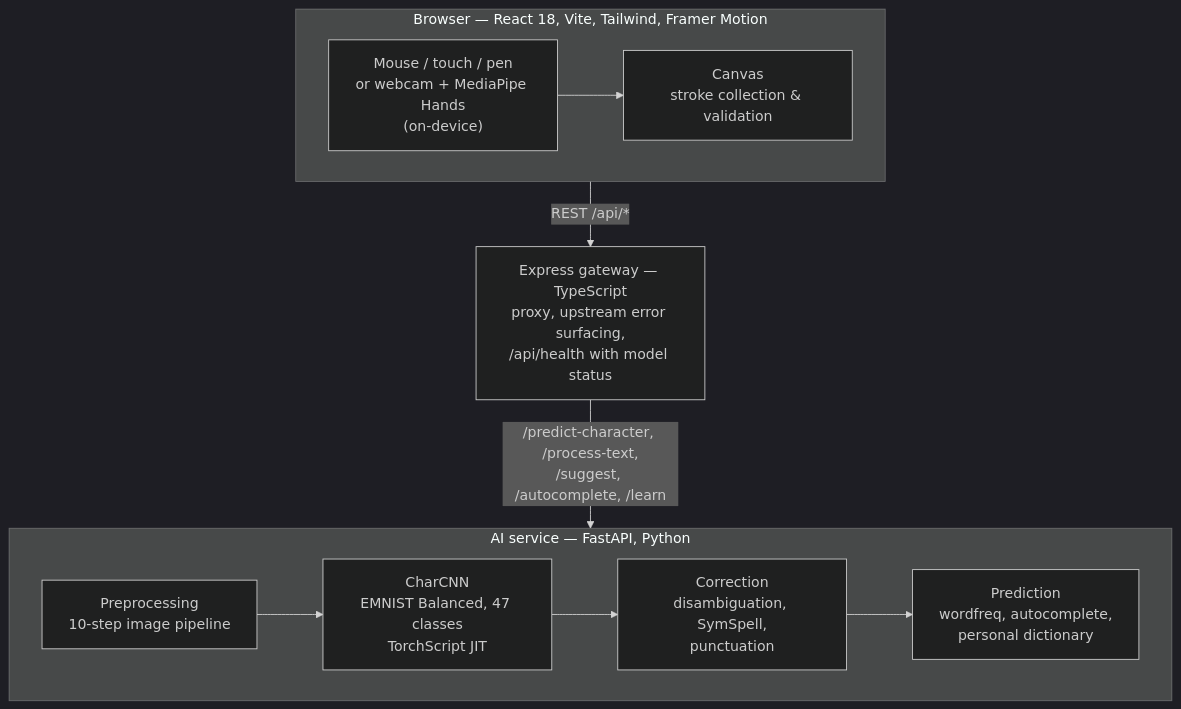
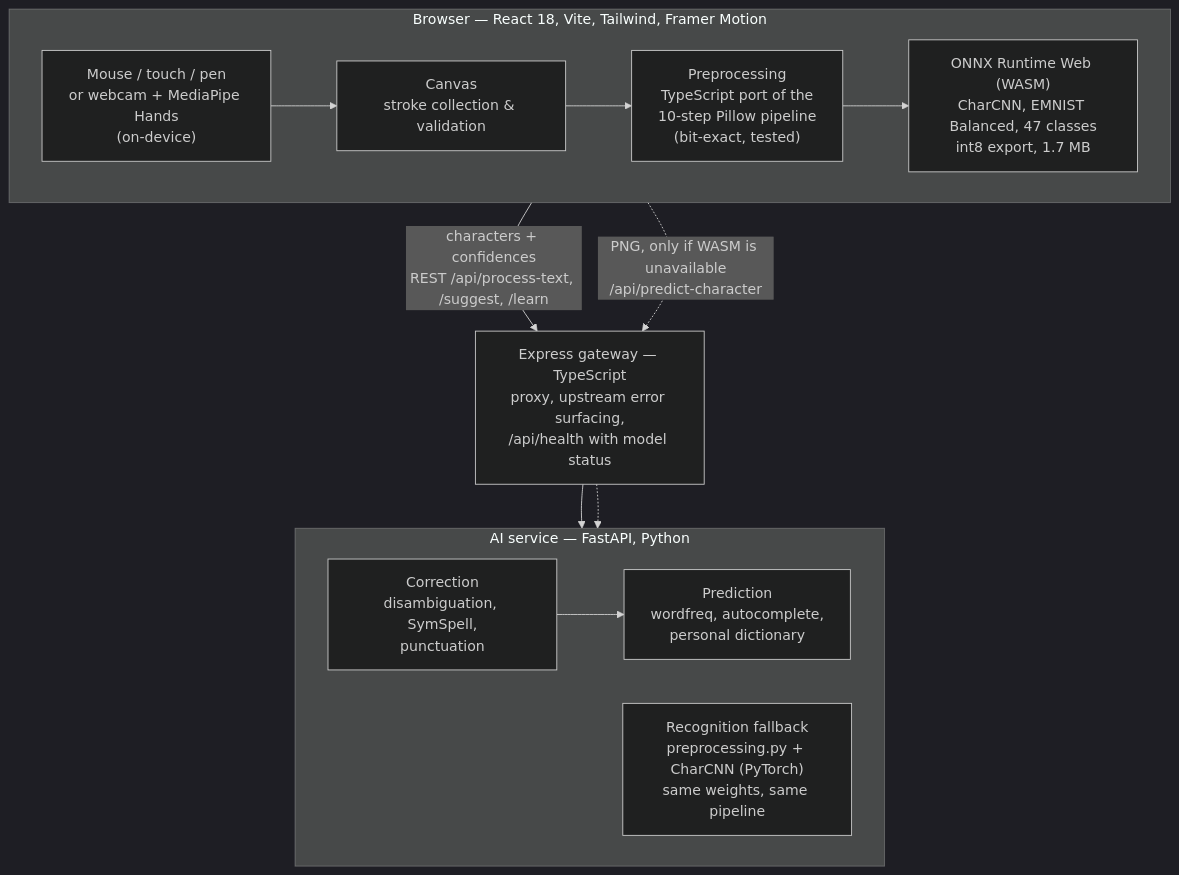
One commit to saminul-amin/air-script changed the diagram in README.md. Above: the diagram before and after it, drawn with Mermaid (dark theme). The commit also changed other lines of this file and 14 other files, not shown here.

````diff
--- a/README.md
+++ b/README.md
@@ -13,17 +14,22 @@
 ```mermaid
 flowchart TB
     subgraph browser["Browser — React 18, Vite, Tailwind, Framer Motion"]
         direction LR
         IN["Mouse / touch / pen<br/>or webcam + MediaPipe Hands<br/>(on-device)"] --> CV["Canvas<br/>stroke collection & validation"]
+        CV --> PRE["Preprocessing<br/>TypeScript port of the<br/>10-step Pillow pipeline<br/>(bit-exact, tested)"]
+        PRE --> ORT["ONNX Runtime Web (WASM)<br/>CharCNN, EMNIST Balanced, 47 classes<br/>int8 export, 1.7 MB"]
     end
 
     GW["Express gateway — TypeScript<br/>proxy, upstream error surfacing,<br/>/api/health with model status"]
 
     subgraph ai["AI service — FastAPI, Python"]
         direction LR
-        PRE["Preprocessing<br/>10-step image pipeline"] --> CNN["CharCNN<br/>EMNIST Balanced, 47 classes<br/>TorchScript JIT"] --> COR["Correction<br/>disambiguation, SymSpell,<br/>punctuation"] --> NLP["Prediction<br/>wordfreq, autocomplete,<br/>personal dictionary"]
+        COR["Correction<br/>disambiguation, SymSpell,<br/>punctuation"] --> NLP["Prediction<br/>wordfreq, autocomplete,<br/>personal dictionary"]
+        FB["Recognition fallback<br/>preprocessing.py + CharCNN (PyTorch)<br/>same weights, same pipeline"]
     end
 
-    CV -- "REST /api/*" --> GW
-    GW -- "/predict-character, /process-text,<br/>/suggest, /autocomplete, /learn" --> PRE
+    ORT -- "characters + confidences<br/>REST /api/process-text, /suggest, /learn" --> GW
+    CV -. "PNG, only if WASM is unavailable<br/>/api/predict-character" .-> GW
+    GW --> COR
+    GW -.-> FB
 ```
````
